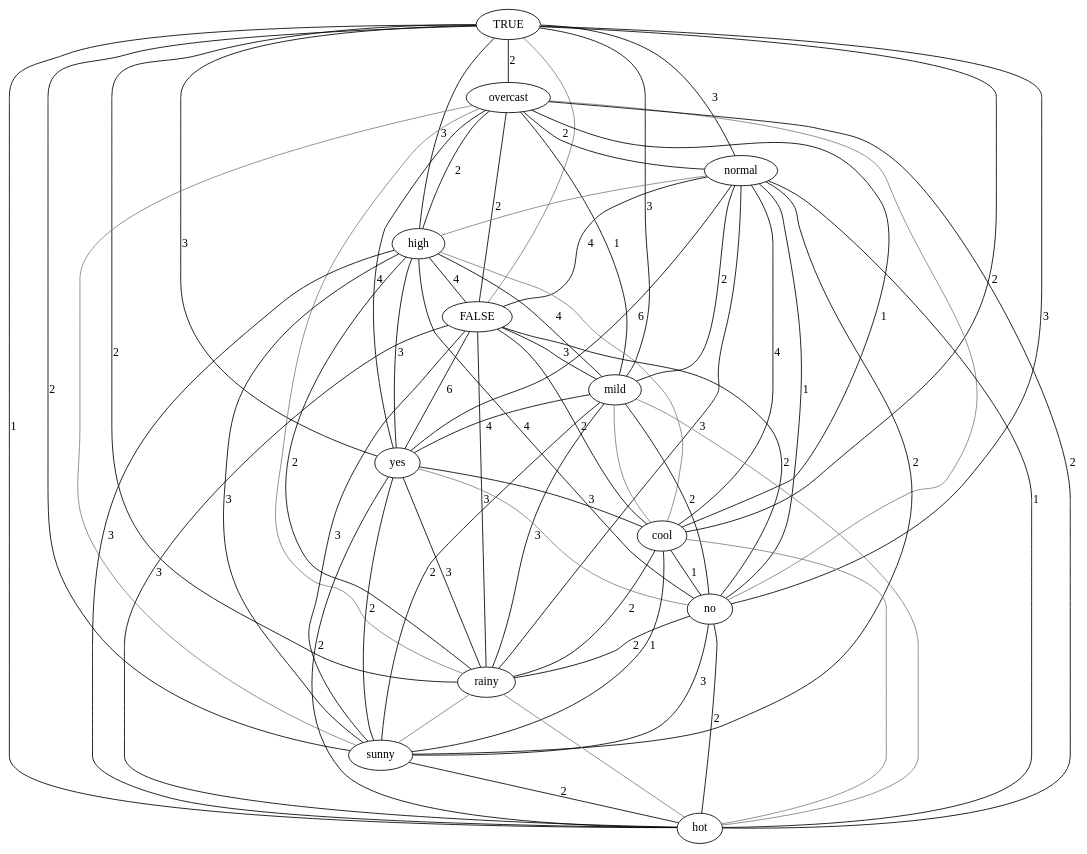
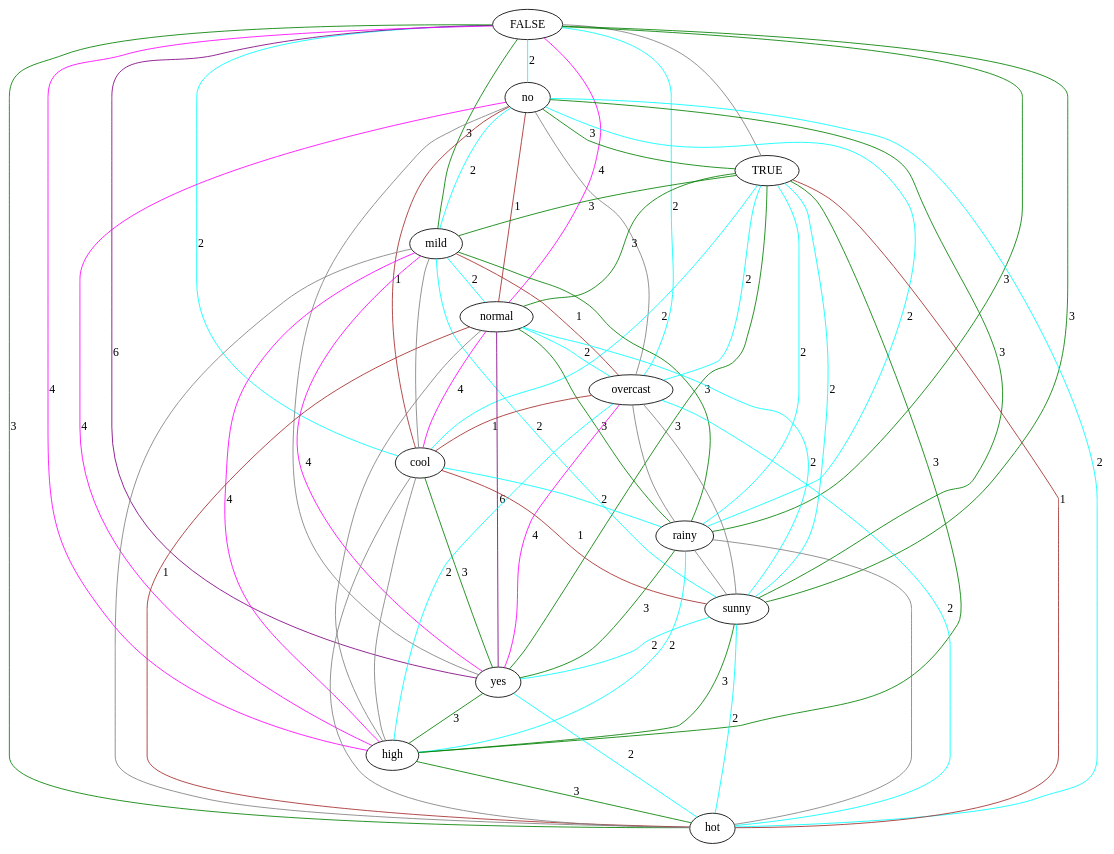
The diagram in src/SQL/gaifman.dot (lrodrin/TFG), drawn with Graphviz before and after one commit. The commit also changed 2 other files, not shown here.

```diff
--- a/src/SQL/gaifman.dot
+++ b/src/SQL/gaifman.dot
@@ -1,80 +1,80 @@
 strict graph "" {
+FALSE;
+no;
 TRUE;
+mild;
+normal;
 overcast;
-normal;
-high;
-FALSE;
-mild;
-yes;
 cool;
-no;
 rainy;
 sunny;
+yes;
+high;
 hot;
-TRUE -- sunny  [color=black, label=2];
-TRUE -- hot  [color=black, label=1];
-TRUE -- mild  [color=black, label=3];
-TRUE -- yes  [color=black, label=3];
-TRUE -- no  [color=black, label=3];
-TRUE -- cool  [color=black, label=2];
-TRUE -- rainy  [color=black, label=2];
-TRUE -- overcast  [color=black, label=2];
-TRUE -- normal  [color=black, label=3];
-TRUE -- high  [color=black, label=3];
-TRUE -- FALSE  [color=gray];
-overcast -- yes  [color=black, label=4];
-overcast -- mild  [color=black, label=1];
-overcast -- no  [color=gray];
-overcast -- cool  [color=black, label=1];
+FALSE -- overcast  [color=cyan, label=2];
+FALSE -- cool  [color=cyan, label=2];
+FALSE -- no  [color=cyan, label=2];
+FALSE -- rainy  [color=green, label=3];
+FALSE -- TRUE  [color=gray];
+FALSE -- mild  [color=green, label=3];
+FALSE -- sunny  [color=green, label=3];
+FALSE -- yes  [color=purple, label=6];
+FALSE -- high  [color=magenta, label=4];
+FALSE -- normal  [color=magenta, label=4];
+FALSE -- hot  [color=green, label=3];
+no -- overcast  [color=gray];
+no -- cool  [color=brown, label=1];
+no -- rainy  [color=cyan, label=2];
+no -- sunny  [color=green, label=3];
+no -- TRUE  [color=green, label=3];
+no -- mild  [color=cyan, label=2];
+no -- yes  [color=gray];
+no -- high  [color=magenta, label=4];
+no -- normal  [color=brown, label=1];
+no -- hot  [color=cyan, label=2];
+TRUE -- overcast  [color=cyan, label=2];
+TRUE -- cool  [color=cyan, label=2];
+TRUE -- rainy  [color=cyan, label=2];
+TRUE -- mild  [color=green, label=3];
+TRUE -- sunny  [color=cyan, label=2];
+TRUE -- yes  [color=green, label=3];
+TRUE -- high  [color=green, label=3];
+TRUE -- normal  [color=green, label=3];
+TRUE -- hot  [color=brown, label=1];
+mild -- overcast  [color=brown, label=1];
+mild -- cool  [color=gray];
+mild -- rainy  [color=green, label=3];
+mild -- sunny  [color=cyan, label=2];
+mild -- yes  [color=magenta, label=4];
+mild -- high  [color=magenta, label=4];
+mild -- normal  [color=cyan, label=2];
+mild -- hot  [color=gray];
+normal -- overcast  [color=cyan, label=2];
+normal -- cool  [color=magenta, label=4];
+normal -- sunny  [color=cyan, label=2];
+normal -- yes  [color=purple, label=6];
+normal -- high  [color=gray];
+normal -- rainy  [color=green, label=3];
+normal -- hot  [color=brown, label=1];
+overcast -- cool  [color=brown, label=1];
 overcast -- rainy  [color=gray];
 overcast -- sunny  [color=gray];
-overcast -- hot  [color=black, label=2];
-overcast -- normal  [color=black, label=2];
-overcast -- high  [color=black, label=2];
-overcast -- FALSE  [color=black, label=2];
-normal -- sunny  [color=black, label=2];
-normal -- yes  [color=black, label=6];
-normal -- mild  [color=black, label=2];
-normal -- no  [color=black, label=1];
-normal -- cool  [color=black, label=4];
-normal -- rainy  [color=black, label=3];
-normal -- hot  [color=black, label=1];
-normal -- high  [color=gray];
-normal -- FALSE  [color=black, label=4];
-high -- sunny  [color=black, label=3];
-high -- hot  [color=black, label=3];
-high -- mild  [color=black, label=4];
-high -- no  [color=black, label=4];
-high -- cool  [color=gray];
-high -- rainy  [color=black, label=2];
-high -- yes  [color=black, label=3];
-high -- FALSE  [color=black, label=4];
-FALSE -- sunny  [color=black, label=3];
-FALSE -- yes  [color=black, label=6];
-FALSE -- mild  [color=black, label=3];
-FALSE -- no  [color=black, label=2];
-FALSE -- cool  [color=black, label=2];
-FALSE -- rainy  [color=black, label=3];
-FALSE -- hot  [color=black, label=3];
-mild -- sunny  [color=black, label=2];
-mild -- hot  [color=gray];
-mild -- yes  [color=black, label=4];
-mild -- no  [color=black, label=2];
-mild -- cool  [color=gray];
-mild -- rainy  [color=black, label=3];
-yes -- sunny  [color=black, label=2];
-yes -- hot  [color=black, label=2];
-yes -- no  [color=gray];
-yes -- cool  [color=black, label=3];
-yes -- rainy  [color=black, label=3];
-cool -- sunny  [color=black, label=1];
+overcast -- yes  [color=magenta, label=4];
+overcast -- high  [color=cyan, label=2];
+overcast -- hot  [color=cyan, label=2];
+cool -- sunny  [color=brown, label=1];
+cool -- rainy  [color=cyan, label=2];
+cool -- yes  [color=green, label=3];
+cool -- high  [color=gray];
 cool -- hot  [color=gray];
-cool -- no  [color=black, label=1];
-cool -- rainy  [color=black, label=2];
-no -- sunny  [color=black, label=3];
-no -- hot  [color=black, label=2];
-no -- rainy  [color=black, label=2];
 rainy -- sunny  [color=gray];
+rainy -- yes  [color=green, label=3];
+rainy -- high  [color=cyan, label=2];
 rainy -- hot  [color=gray];
-sunny -- hot  [color=black, label=2];
+sunny -- yes  [color=cyan, label=2];
+sunny -- high  [color=green, label=3];
+sunny -- hot  [color=cyan, label=2];
+yes -- high  [color=green, label=3];
+yes -- hot  [color=cyan, label=2];
+high -- hot  [color=green, label=3];
 }
```
